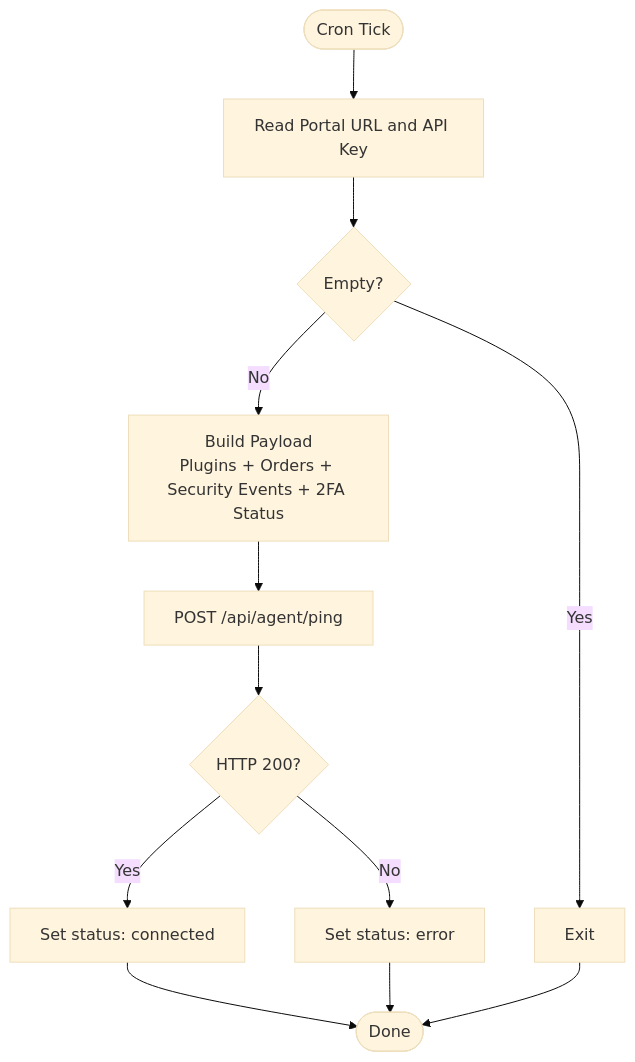
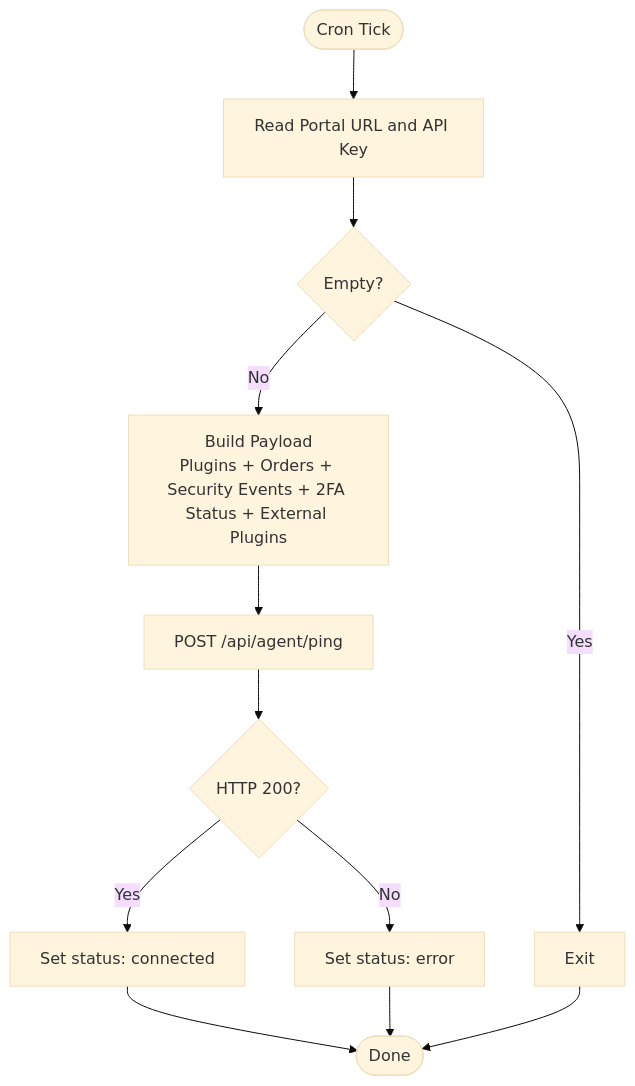
Before and after one commit to FCS-WP/website_portal: the fourth of 23 diagrams in .qoder/repowiki/en/content/WordPress Agent Integration/WordPress Agent Integration.md, drawn with Mermaid (base theme). The commit also changed other lines of this file and 30 other files, not shown here.

````diff
--- a/.qoder/repowiki/en/content/WordPress Agent Integration/WordPress Agent Integration.md
+++ b/.qoder/repowiki/en/content/WordPress Agent Integration/WordPress Agent Integration.md
@@ -291,14 +396,14 @@
 ```mermaid
 flowchart TD
 Start(["Cron Tick"]) --> ReadCfg["Read Portal URL and API Key"]
 ReadCfg --> Empty{"Empty?"}
 Empty --> |Yes| Stop["Exit"]
-Empty --> |No| BuildBody["Build Payload<br/>Plugins + Orders + Security Events + 2FA Status"]
+Empty --> |No| BuildBody["Build Payload<br/>Plugins + Orders + Security Events + 2FA Status + External Plugins"]
 BuildBody --> Post["POST /api/agent/ping"]
 Post --> Resp{"HTTP 200?"}
 Resp --> |Yes| MarkOK["Set status: connected"]
 Resp --> |No| MarkErr["Set status: error"]
 MarkOK --> End(["Done"])
 MarkErr --> End
 Stop --> End
 ```
````
